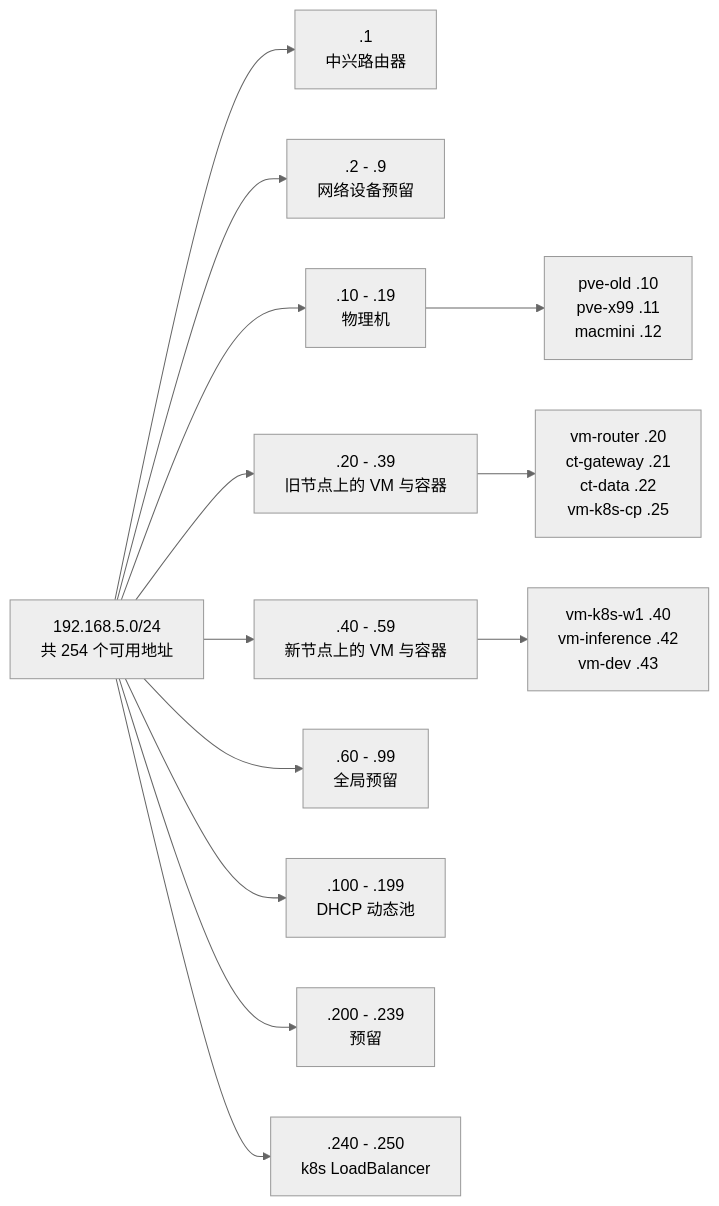
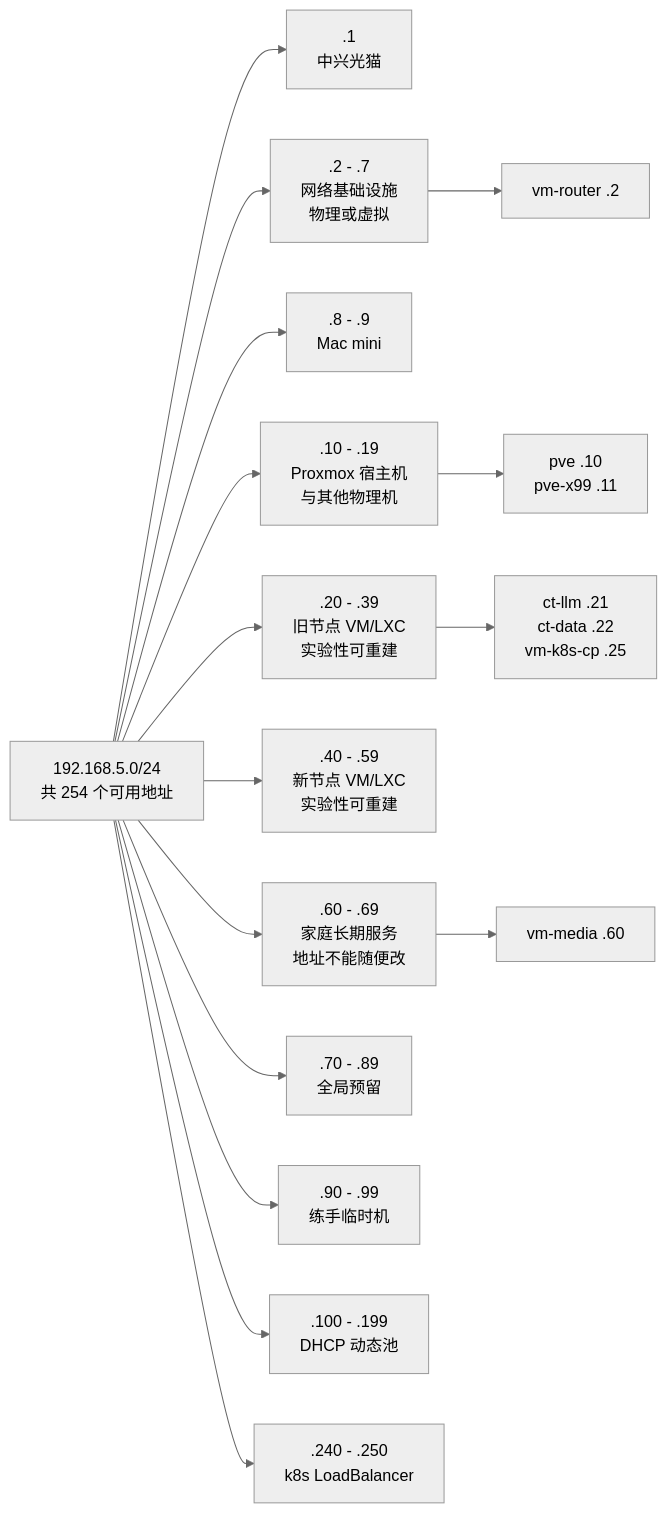
One commit to Jingk97/homelab changed the second of 2 diagrams in 01-infrastructure/02-network.md. Above: the diagram before and after it, drawn with Mermaid (neutral theme). The commit also changed other lines of this file and 7 other files, not shown here.

````diff
--- a/01-infrastructure/02-network.md
+++ b/01-infrastructure/02-network.md
@@ -115,16 +115,19 @@
 ```mermaid
 flowchart LR
     SEG["192.168.5.0/24<br/>共 254 个可用地址"]
-    SEG --> A[".1<br/>中兴路由器"]
-    SEG --> B[".2 - .9<br/>网络设备预留"]
-    SEG --> C[".10 - .19<br/>物理机"]
-    SEG --> D[".20 - .39<br/>旧节点上的 VM 与容器"]
-    SEG --> E[".40 - .59<br/>新节点上的 VM 与容器"]
-    SEG --> F[".60 - .99<br/>全局预留"]
+    SEG --> A[".1<br/>中兴光猫"]
+    SEG --> B[".2 - .7<br/>网络基础设施<br/>物理或虚拟"]
+    SEG --> M[".8 - .9<br/>Mac mini"]
+    SEG --> C[".10 - .19<br/>Proxmox 宿主机<br/>与其他物理机"]
+    SEG --> D[".20 - .39<br/>旧节点 VM/LXC<br/>实验性可重建"]
+    SEG --> E[".40 - .59<br/>新节点 VM/LXC<br/>实验性可重建"]
+    SEG --> F[".60 - .69<br/>家庭长期服务<br/>地址不能随便改"]
+    SEG --> P[".70 - .89<br/>全局预留"]
+    SEG --> T[".90 - .99<br/>练手临时机"]
     SEG --> G[".100 - .199<br/>DHCP 动态池"]
-    SEG --> H[".200 - .239<br/>预留"]
     SEG --> I[".240 - .250<br/>k8s LoadBalancer"]
-    C --> C1["pve-old .10<br/>pve-x99 .11<br/>macmini .12"]
-    D --> D1["vm-router .20<br/>ct-gateway .21<br/>ct-data .22<br/>vm-k8s-cp .25"]
-    E --> E1["vm-k8s-w1 .40<br/>vm-inference .42<br/>vm-dev .43"]
+    B --> B1["vm-router .2"]
+    C --> C1["pve .10<br/>pve-x99 .11"]
+    D --> D1["ct-llm .21<br/>ct-data .22<br/>vm-k8s-cp .25"]
+    F --> F1["vm-media .60"]
 ```
````
